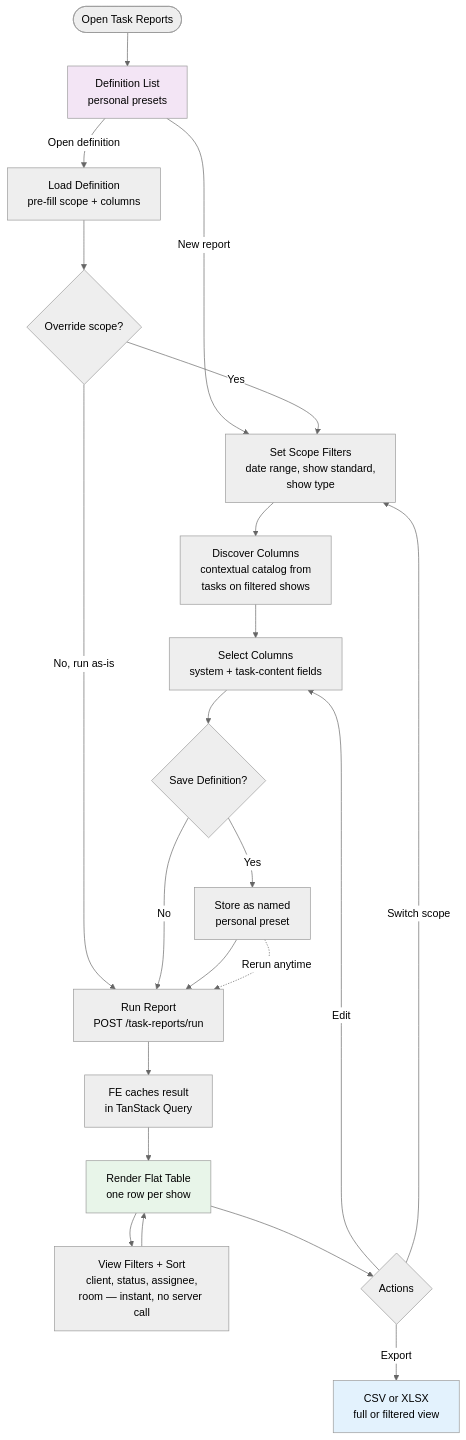
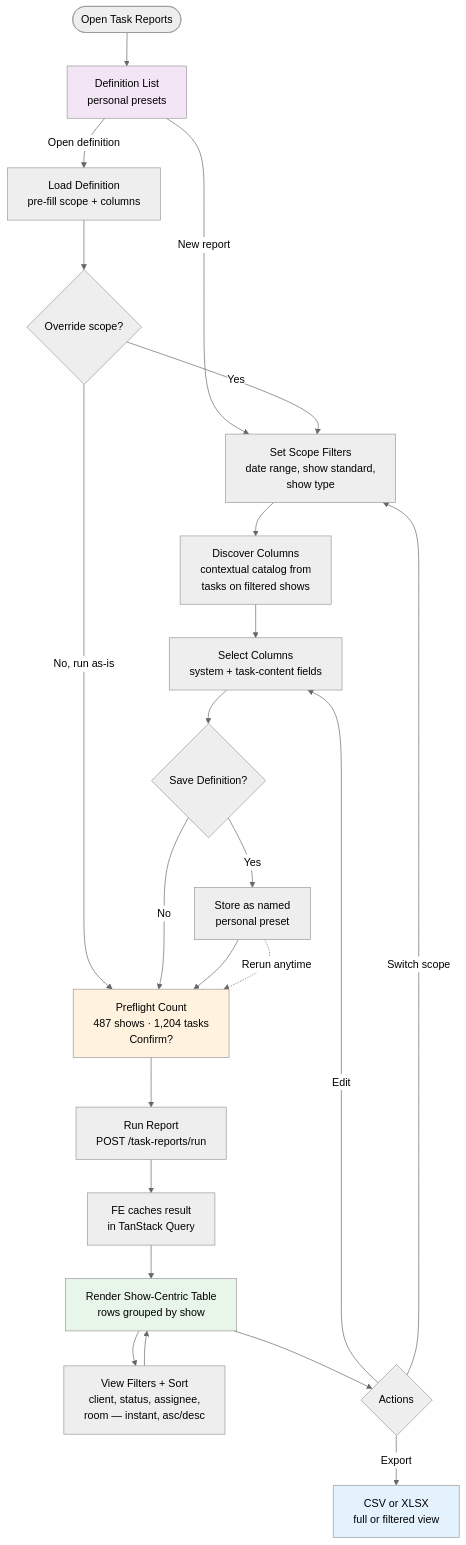
One commit to allenlin90/eridu-services changed the first of 6 diagrams in apps/erify_studios/docs/design/TASK_SUBMISSION_REPORTING_DESIGN.md. Above: the diagram before and after it, drawn with Mermaid (neutral theme). The commit also changed other lines of this file and 2 other files, not shown here.

First line of the commit message:
docs(task-submission-reporting): add shared metrics management and refine design

````diff
--- a/apps/erify_studios/docs/design/TASK_SUBMISSION_REPORTING_DESIGN.md
+++ b/apps/erify_studios/docs/design/TASK_SUBMISSION_REPORTING_DESIGN.md
@@ -53,31 +55,33 @@
 ```mermaid
 flowchart TD
     START([Open Task Reports]) --> LANDING[Definition List<br/>personal presets]
     LANDING -->|New report| FILTER[Set Scope Filters<br/>date range, show standard,<br/>show type]
     LANDING -->|Open definition| LOAD[Load Definition<br/>pre-fill scope + columns]
     LOAD --> PREFILLED{Override scope?}
     PREFILLED -->|Yes| FILTER
-    PREFILLED -->|No, run as-is| RUN
+    PREFILLED -->|No, run as-is| PRE
 
     FILTER --> DISCOVER[Discover Columns<br/>contextual catalog from<br/>tasks on filtered shows]
     DISCOVER --> COLUMNS[Select Columns<br/>system + task-content fields]
     COLUMNS --> SAVE{Save Definition?}
     SAVE -->|Yes| DEF[Store as named<br/>personal preset]
-    SAVE -->|No| RUN
-    DEF --> RUN[Run Report<br/>POST /task-reports/run]
+    SAVE -->|No| PRE
+    DEF --> PRE[Preflight Count<br/>487 shows · 1,204 tasks<br/>Confirm?]
+    PRE --> RUN[Run Report<br/>POST /task-reports/run]
     RUN --> RESULT[FE caches result<br/>in TanStack Query]
-    RESULT --> TABLE[Render Flat Table<br/>one row per show]
+    RESULT --> TABLE[Render Show-Centric Table<br/>rows grouped by show]
 
-    TABLE --> VIEW[View Filters + Sort<br/>client, status, assignee,<br/>room — instant, no server call]
+    TABLE --> VIEW[View Filters + Sort<br/>client, status, assignee,<br/>room — instant, asc/desc]
     VIEW --> TABLE
 
     TABLE --> ACTIONS{Actions}
     ACTIONS -->|Export| EXPORT[CSV or XLSX<br/>full or filtered view]
     ACTIONS -->|Edit| COLUMNS
     ACTIONS -->|Switch scope| FILTER
-    DEF -.->|Rerun anytime| RUN
+    DEF -.->|Rerun anytime| PRE
 
     style TABLE fill:#e8f5e9
     style EXPORT fill:#e3f2fd
     style LANDING fill:#f3e5f5
+    style PRE fill:#fff3e0
 ```
````
